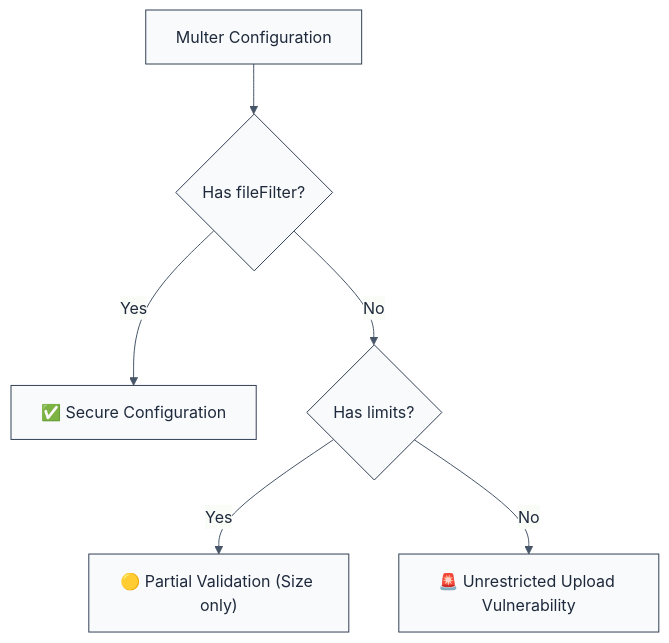
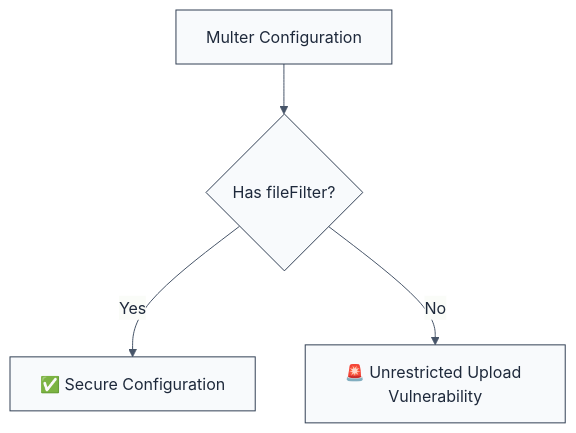
One commit to ofri-peretz/eslint changed the diagram in apps/docs/content/docs/security/plugin-browser-security/rules/require-mime-type-validation.mdx. Above: the diagram before and after it, drawn with Mermaid. The commit also changed other lines of this file and 883 other files, not shown here.

````diff
--- a/apps/docs/content/docs/security/plugin-browser-security/rules/require-mime-type-validation.mdx
+++ b/apps/docs/content/docs/security/plugin-browser-security/rules/require-mime-type-validation.mdx
@@ -57,22 +57,20 @@
 ```mermaid
 %%{init: {
   'theme': 'base',
   'themeVariables': {
     'primaryColor': '#f8fafc',
     'primaryTextColor': '#1e293b',
     'primaryBorderColor': '#334155',
     'lineColor': '#475569',
     'c0': '#f8fafc',
     'c1': '#f1f5f9',
     'c2': '#e2e8f0',
     'c3': '#cbd5e1'
   }
 }}%%
 flowchart TD
     A["Multer Configuration"] --> B{"Has fileFilter?"}
     B -->|Yes| C["✅ Secure Configuration"]
-    B -->|No| D{"Has limits?"}
-    D -->|Yes| E["🟡 Partial Validation (Size only)"]
-    D -->|No| F["🚨 Unrestricted Upload Vulnerability"]
+    B -->|No| F["🚨 Unrestricted Upload Vulnerability"]
 
 ```
````
